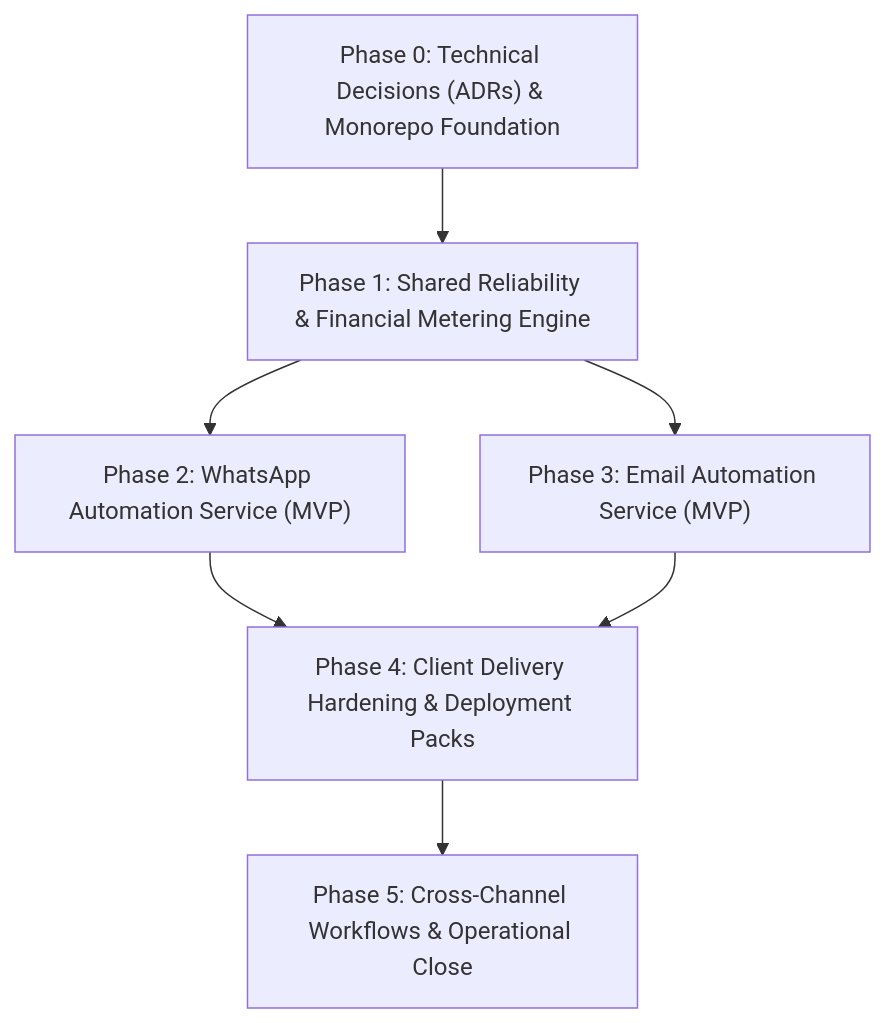
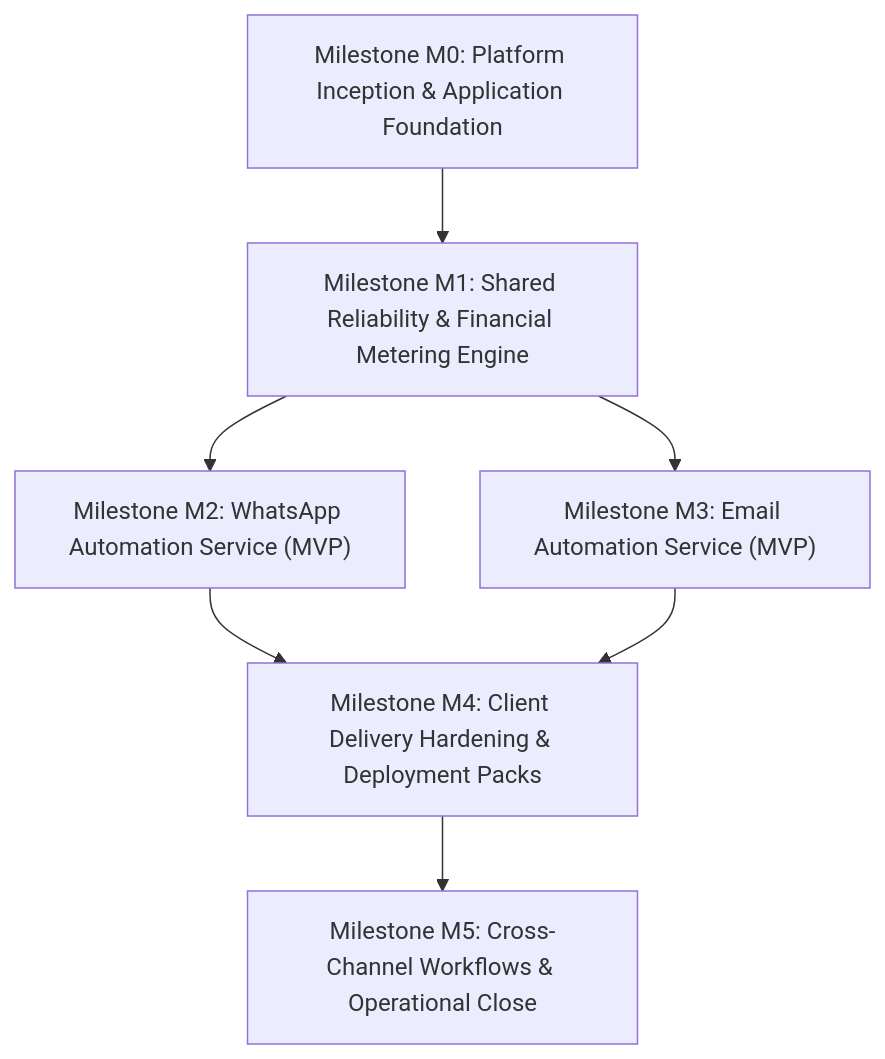
Before and after one commit to pathixo/pathixo-flow: the diagram in .planning/ROADMAP.md, drawn with Mermaid. The commit also changed other lines of this file and 3 other files, not shown here.

Commit message:
docs(planning): reconcile ROADMAP and MILESTONES with M0-M5 engineering milestones

````diff
--- a/.planning/ROADMAP.md
+++ b/.planning/ROADMAP.md
@@ -9,16 +9,16 @@
 ```mermaid
 flowchart TD
-    P0["Phase 0: Technical Decisions (ADRs) & Monorepo Foundation"]
-    P1["Phase 1: Shared Reliability & Financial Metering Engine"]
-    P2["Phase 2: WhatsApp Automation Service (MVP)"]
-    P3["Phase 3: Email Automation Service (MVP)"]
-    P4["Phase 4: Client Delivery Hardening & Deployment Packs"]
-    P5["Phase 5: Cross-Channel Workflows & Operational Close"]
+    M0["Milestone M0: Platform Inception & Application Foundation"]
+    M1["Milestone M1: Shared Reliability & Financial Metering Engine"]
+    M2["Milestone M2: WhatsApp Automation Service (MVP)"]
+    M3["Milestone M3: Email Automation Service (MVP)"]
+    M4["Milestone M4: Client Delivery Hardening & Deployment Packs"]
+    M5["Milestone M5: Cross-Channel Workflows & Operational Close"]
 
-    P0 --> P1
-    P1 --> P2
-    P1 --> P3
-    P2 --> P4
-    P3 --> P4
-    P4 --> P5
+    M0 --> M1
+    M1 --> M2
+    M1 --> M3
+    M2 --> M4
+    M3 --> M4
+    M4 --> M5
 ```
````
